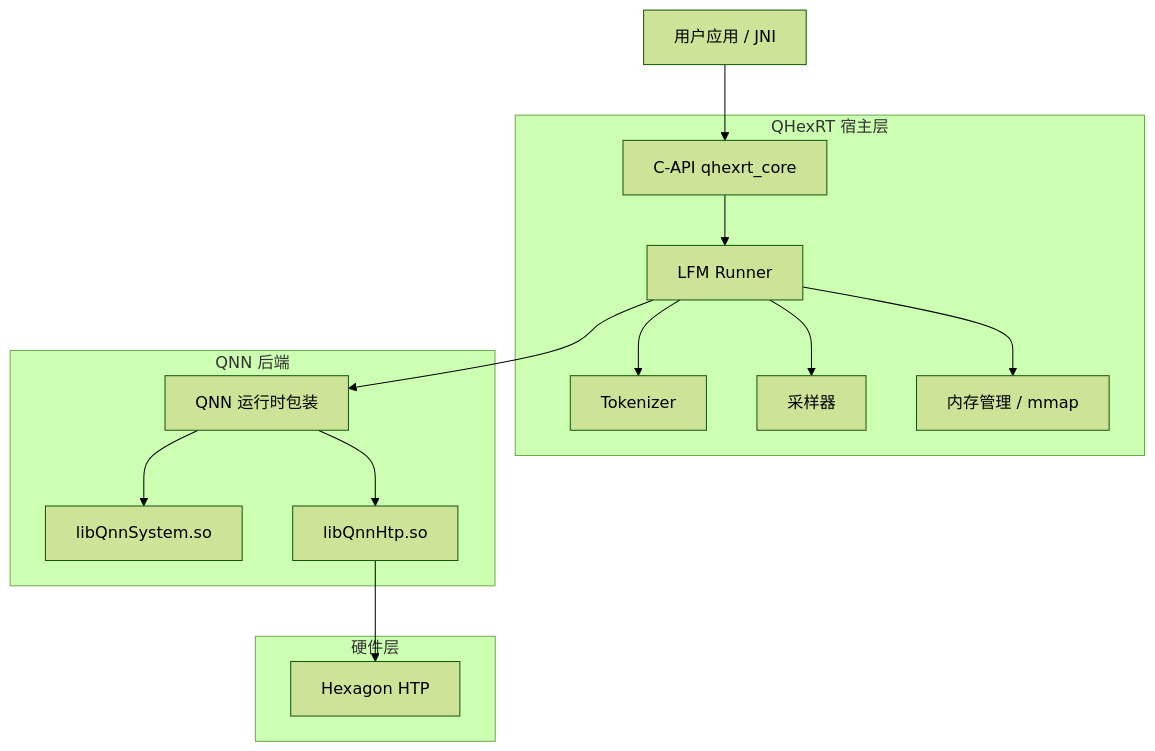
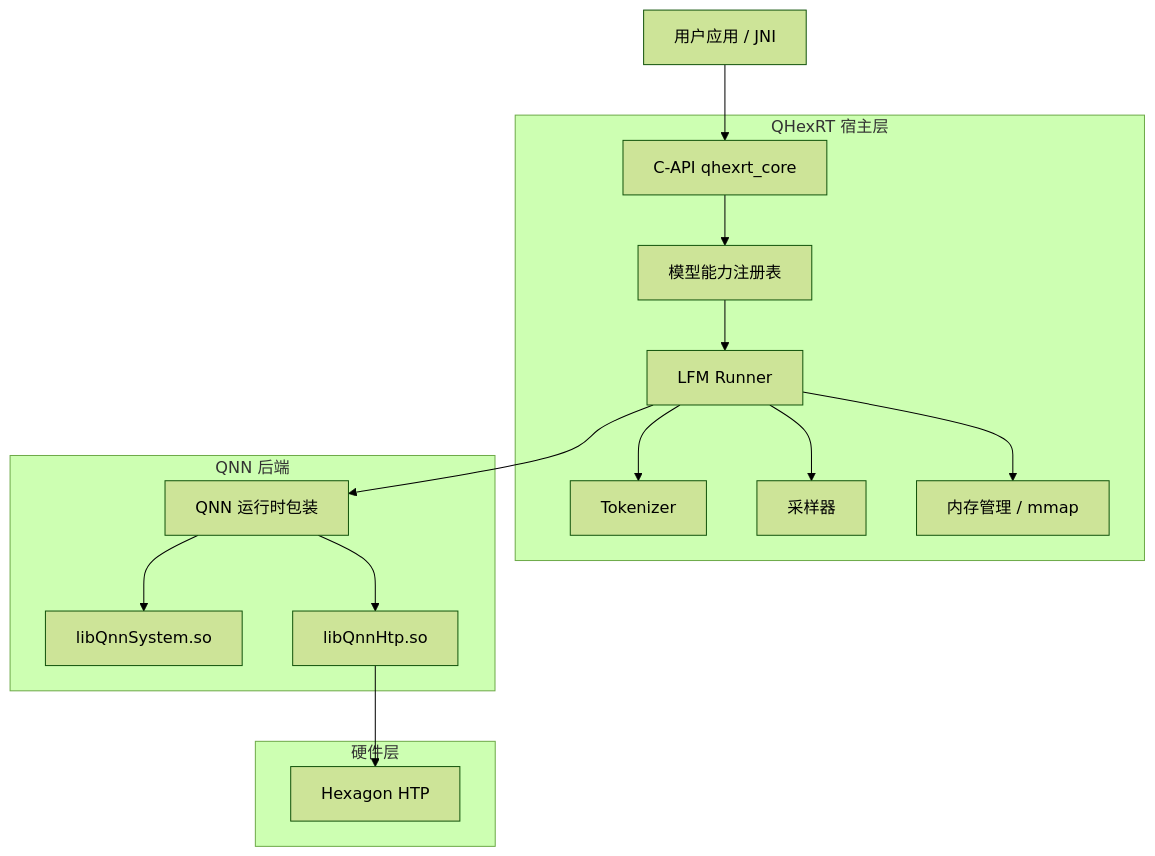
Before and after one commit to xugangtongji/QNN_HexRT: the first of 2 diagrams in docs/ARCHITECTURE_zh.md, drawn with Mermaid (forest theme). The commit also changed other lines of this file and 18 other files, not shown here.

````diff
--- a/docs/ARCHITECTURE_zh.md
+++ b/docs/ARCHITECTURE_zh.md
@@ -28,18 +33,19 @@
 ```mermaid
 graph TD
     UserApp[用户应用 / JNI] --> CAPI[C-API qhexrt_core]
     subgraph QHexRT 宿主层
-        CAPI --> Runner[LFM Runner]
+        CAPI --> Registry[模型能力注册表]
+        Registry --> Runner[LFM Runner]
         Runner --> Tokenizer[Tokenizer]
         Runner --> Sampler[采样器]
         Runner --> MemMgr[内存管理 / mmap]
     end
     subgraph QNN 后端
         Runner --> QNNWrapper[QNN 运行时包装]
         QNNWrapper --> QNNSystem[libQnnSystem.so]
         QNNWrapper --> QNNHtp[libQnnHtp.so]
     end
     subgraph 硬件层
         QNNHtp --> Hexagon[Hexagon HTP]
     end
 ```
````
